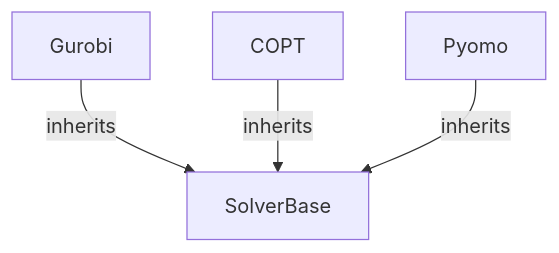
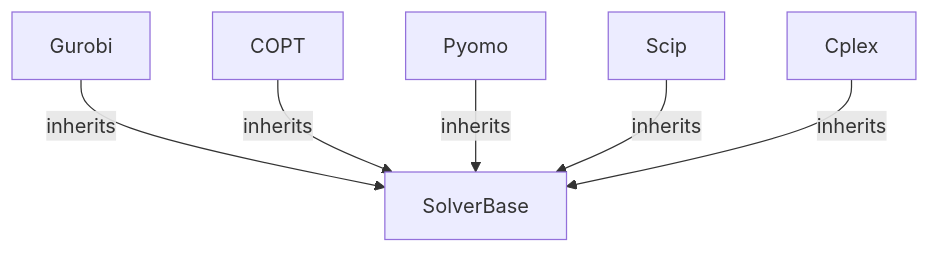
Before and after one commit to sharabhshukla/BendersLib: the diagram in docs/source/manual/solver.rst, drawn with Mermaid.

Commit message:
docs(manual): add Scip and Cplex inheritance information

```diff
--- a/docs/source/manual/solver.rst
+++ b/docs/source/manual/solver.rst
@@ -240,8 +240,10 @@
 .. mermaid::
     :caption: Solver Interface Inheritance Diagram
     :align: center
 
     flowchart TB
         Gurobi -- inherits --> SolverBase
         COPT -- inherits --> SolverBase
         Pyomo -- inherits --> SolverBase
+        Scip -- inherits --> SolverBase
+        Cplex -- inherits --> SolverBase
```
